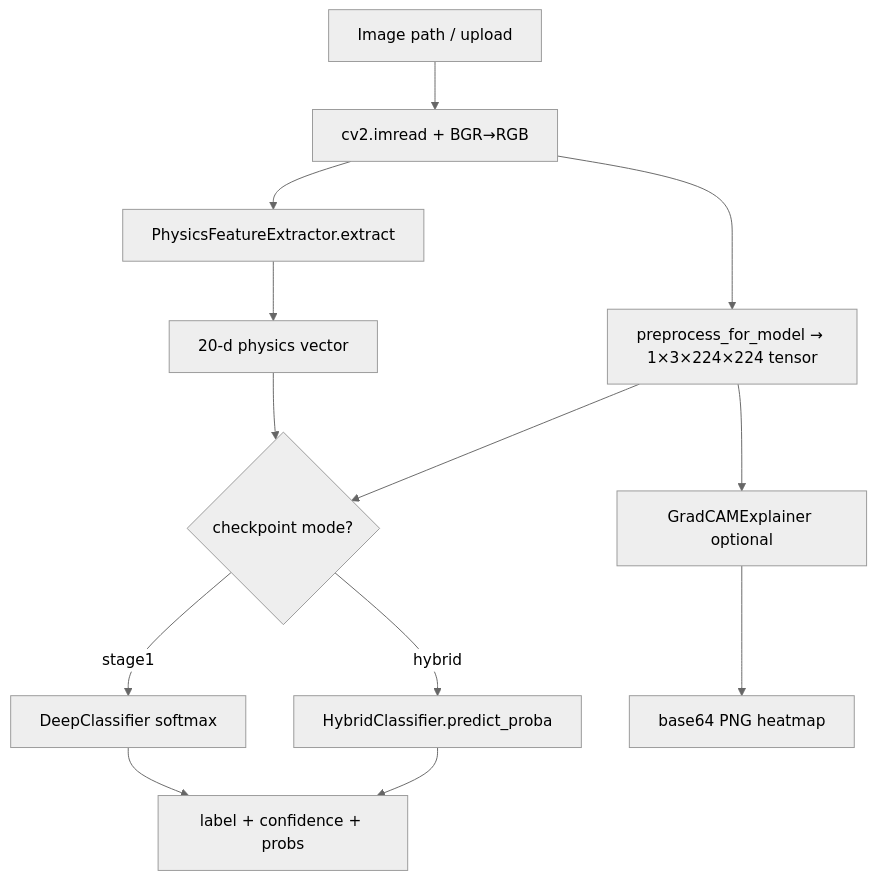
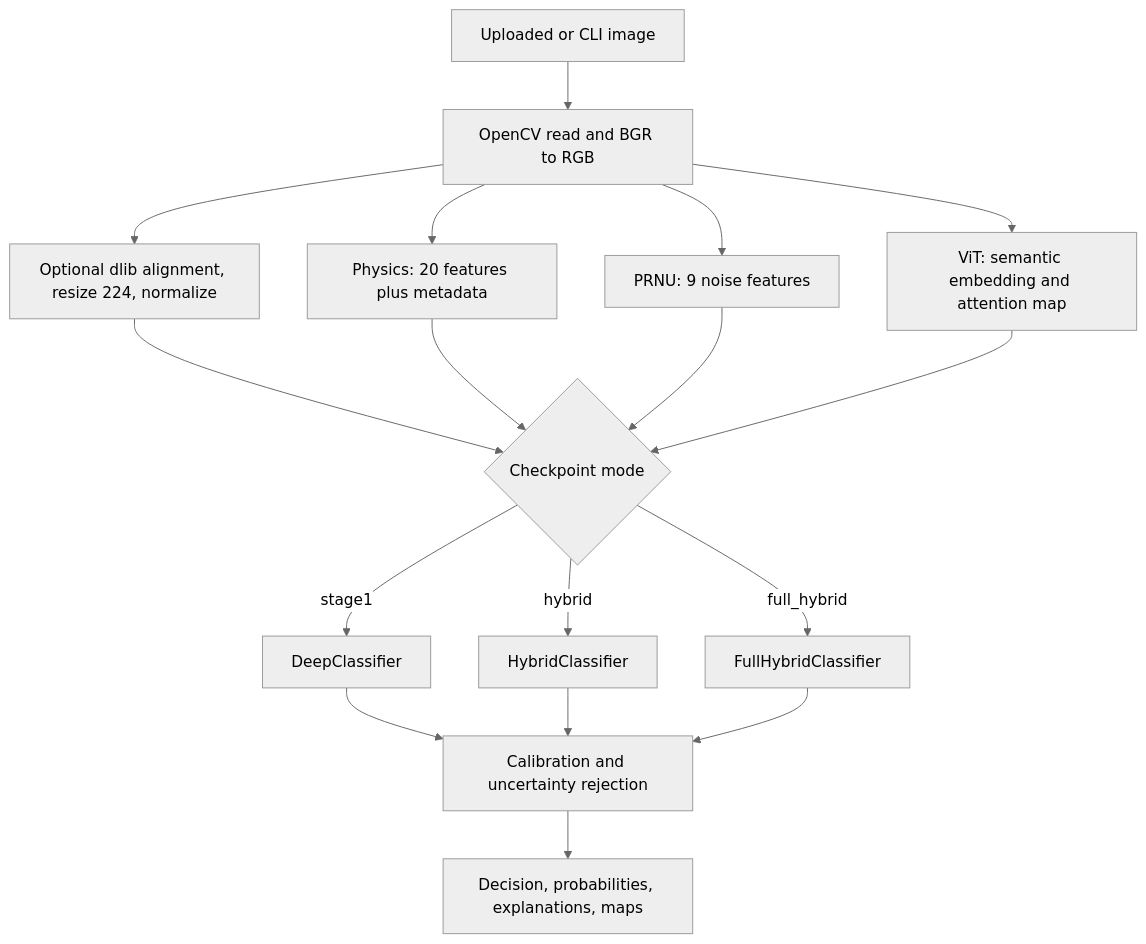
The diagram in ai-vs-real-face-detector/PROJECT_DOCUMENTATION.md (Algorithm-bot/ai-vs-real-face-detector), drawn with Mermaid (neutral theme) before and after one commit. The commit also changed other lines of this file and 1 other file, not shown here.

Commit message:
docs update with new architecture

````diff
--- a/ai-vs-real-face-detector/PROJECT_DOCUMENTATION.md
+++ b/ai-vs-real-face-detector/PROJECT_DOCUMENTATION.md
@@ -200,15 +37,19 @@
 ```mermaid
 flowchart TB
-    PATH[Image path / upload] --> CV[cv2.imread + BGR→RGB]
-    CV --> PRE[preprocess_for_model → 1×3×224×224 tensor]
-    CV --> PHY[PhysicsFeatureExtractor.extract]
-    PHY --> PV[20-d physics vector]
-    PRE --> MODEL{checkpoint mode?}
-    PV --> MODEL
-    MODEL -->|hybrid| HC[HybridClassifier.predict_proba]
-    MODEL -->|stage1| DC[DeepClassifier softmax]
-    HC --> OUT[label + confidence + probs]
-    DC --> OUT
-    PRE --> CAM[GradCAMExplainer optional]
-    CAM --> HEAT[base64 PNG heatmap]
+    IMAGE[Uploaded or CLI image] --> LOAD[OpenCV read and BGR to RGB]
+    LOAD --> PRE[Optional dlib alignment, resize 224, normalize]
+    LOAD --> PHYS[Physics: 20 features plus metadata]
+    LOAD --> PRNU[PRNU: 9 noise features]
+    LOAD --> VIT[ViT: semantic embedding and attention map]
+    PRE --> MODEL{Checkpoint mode}
+    PHYS --> MODEL
+    PRNU --> MODEL
+    VIT --> MODEL
+    MODEL -->|stage1| DEEP[DeepClassifier]
+    MODEL -->|hybrid| HYB[HybridClassifier]
+    MODEL -->|full_hybrid| FULL[FullHybridClassifier]
+    DEEP --> CAL[Calibration and uncertainty rejection]
+    HYB --> CAL
+    FULL --> CAL
+    CAL --> OUT[Decision, probabilities, explanations, maps]
 ```
````
